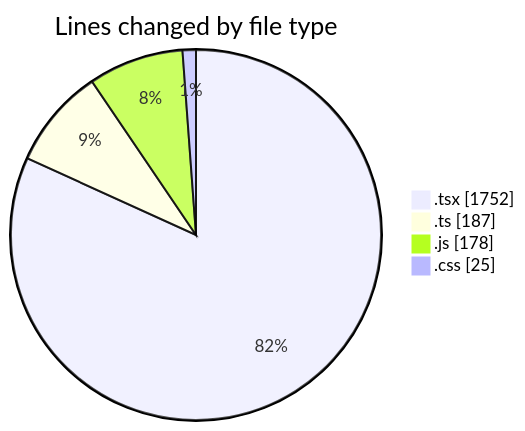
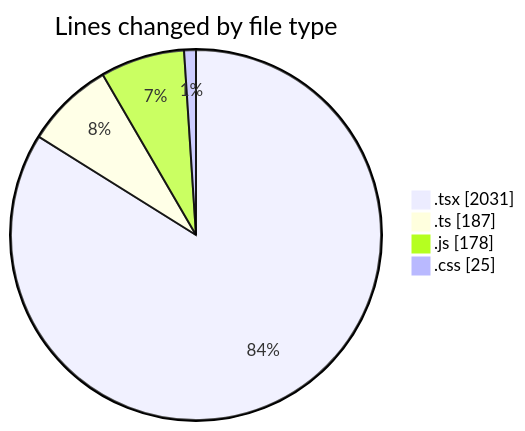
One commit to robertbonfada/code-tracking changed the first of 2 diagrams in 2025-02-03/mbc-web/README.md. Above: the diagram before and after it, drawn with Mermaid. The commit also changed other lines of this file and 1 other file, not shown here.

````diff
--- a/2025-02-03/mbc-web/README.md
+++ b/2025-02-03/mbc-web/README.md
@@ -31,8 +32,8 @@
 ```mermaid
 pie showData
 title Lines changed by file type
-".tsx" : 1752
+".tsx" : 2031
 ".ts" : 187
 ".js" : 178
 ".css" : 25
 ```
````
